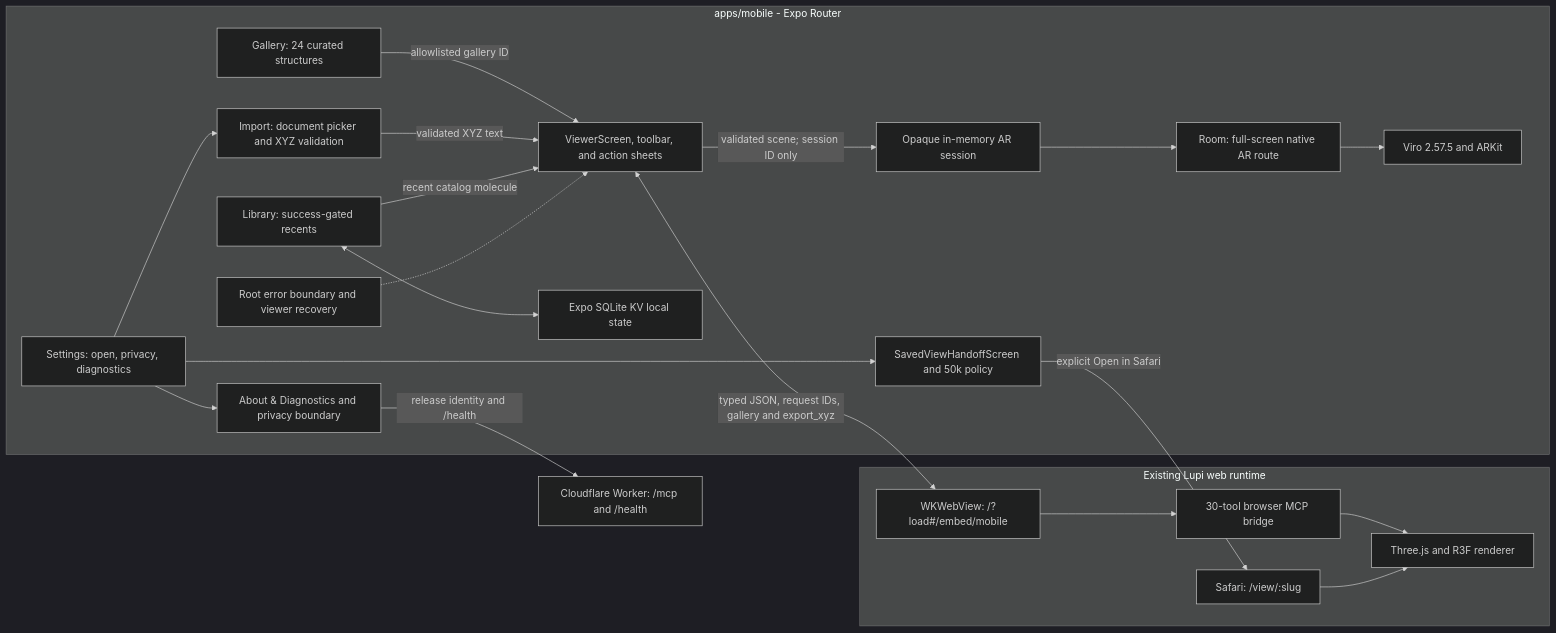
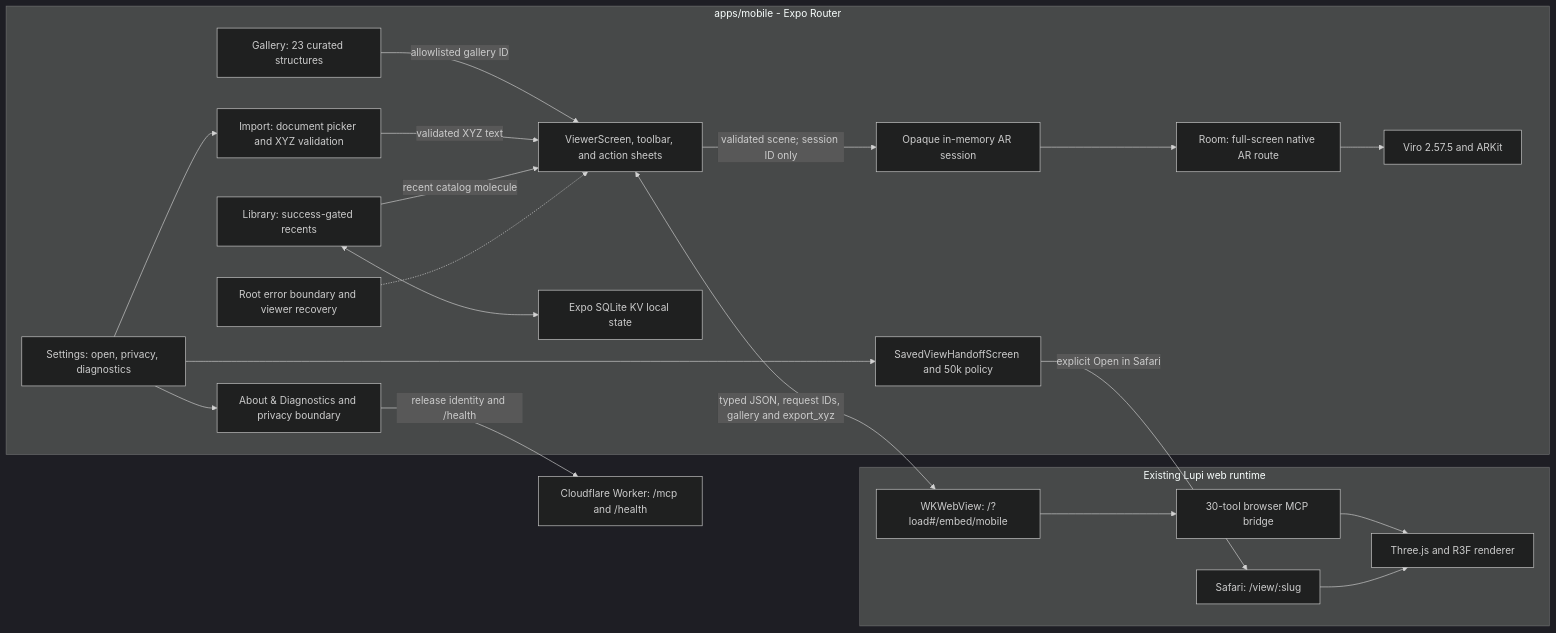
The diagram in docs/mobile-expo.md (alexwelcing/Lupi), drawn with Mermaid (dark theme) before and after one commit. The commit also changed other lines of this file and 34 other files, not shown here.

````diff
--- a/docs/mobile-expo.md
+++ b/docs/mobile-expo.md
@@ -125,41 +125,41 @@
 ```mermaid
 flowchart LR
   subgraph Native["apps/mobile - Expo Router"]
-    Gallery["Gallery: 24 curated structures"]
+    Gallery["Gallery: 23 curated structures"]
     Import["Import: document picker and XYZ validation"]
     Library["Library: success-gated recents"]
     Settings["Settings: open, privacy, diagnostics"]
     Viewer["ViewerScreen, toolbar, and action sheets"]
     ARRoute["Room: full-screen native AR route"]
     ARSession["Opaque in-memory AR session"]
     ARKit["Viro 2.57.5 and ARKit"]
     Saved["SavedViewHandoffScreen and 50k policy"]
     Diagnostics["About & Diagnostics and privacy boundary"]
     Recovery["Root error boundary and viewer recovery"]
     Store["Expo SQLite KV local state"]
   end
 
   subgraph Web["Existing Lupi web runtime"]
     WebView["WKWebView: /?load#/embed/mobile"]
     Safari["Safari: /view/:slug"]
     BrowserBridge["30-tool browser MCP bridge"]
     Renderer["Three.js and R3F renderer"]
   end
 
   Edge["Cloudflare Worker: /mcp and /health"]
 
   Gallery -->|"allowlisted gallery ID"| Viewer
   Settings --> Import
   Import -->|"validated XYZ text"| Viewer
   Library <--> Store
   Library -->|"recent catalog molecule"| Viewer
   Settings --> Saved
   Settings --> Diagnostics
   Diagnostics -->|"release identity and /health"| Edge
   Saved -->|"explicit Open in Safari"| Safari
   Viewer <-->|"typed JSON, request IDs, gallery and export_xyz"| WebView
   Viewer -->|"validated scene; session ID only"| ARSession --> ARRoute --> ARKit
   Recovery -.-> Viewer
   WebView --> BrowserBridge --> Renderer
   Safari --> Renderer
 ```
````
